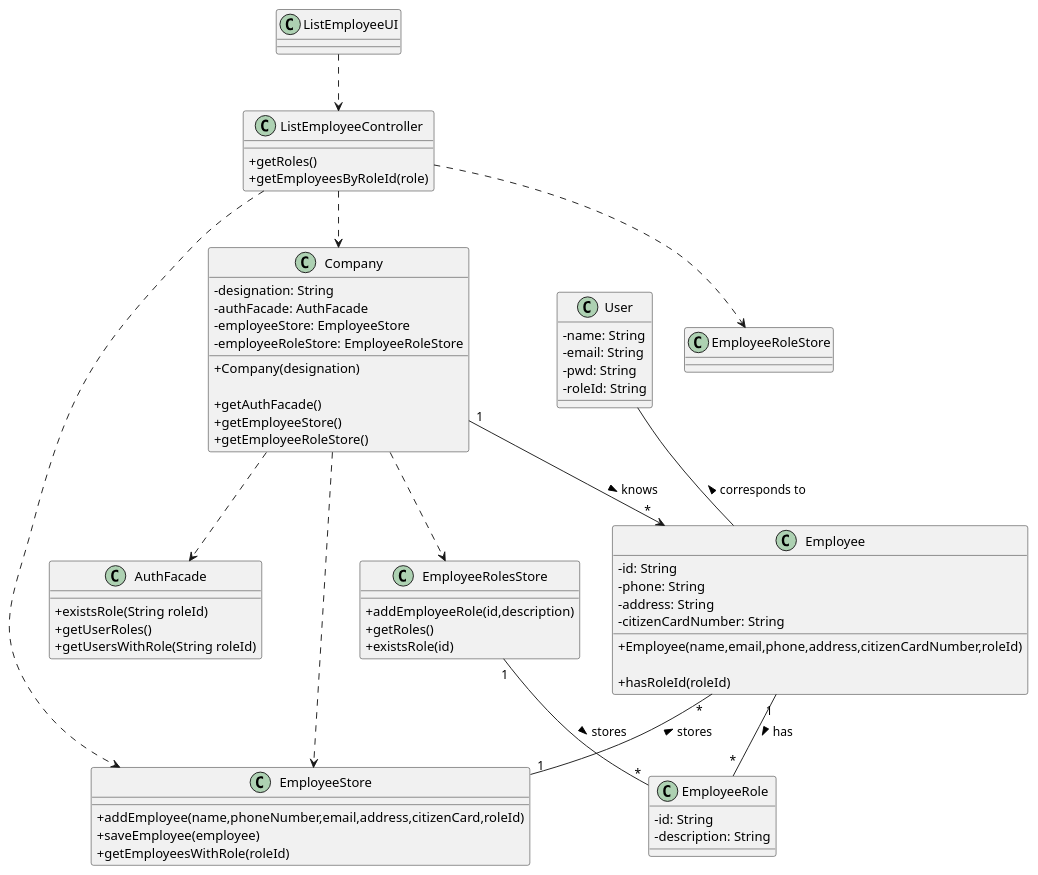
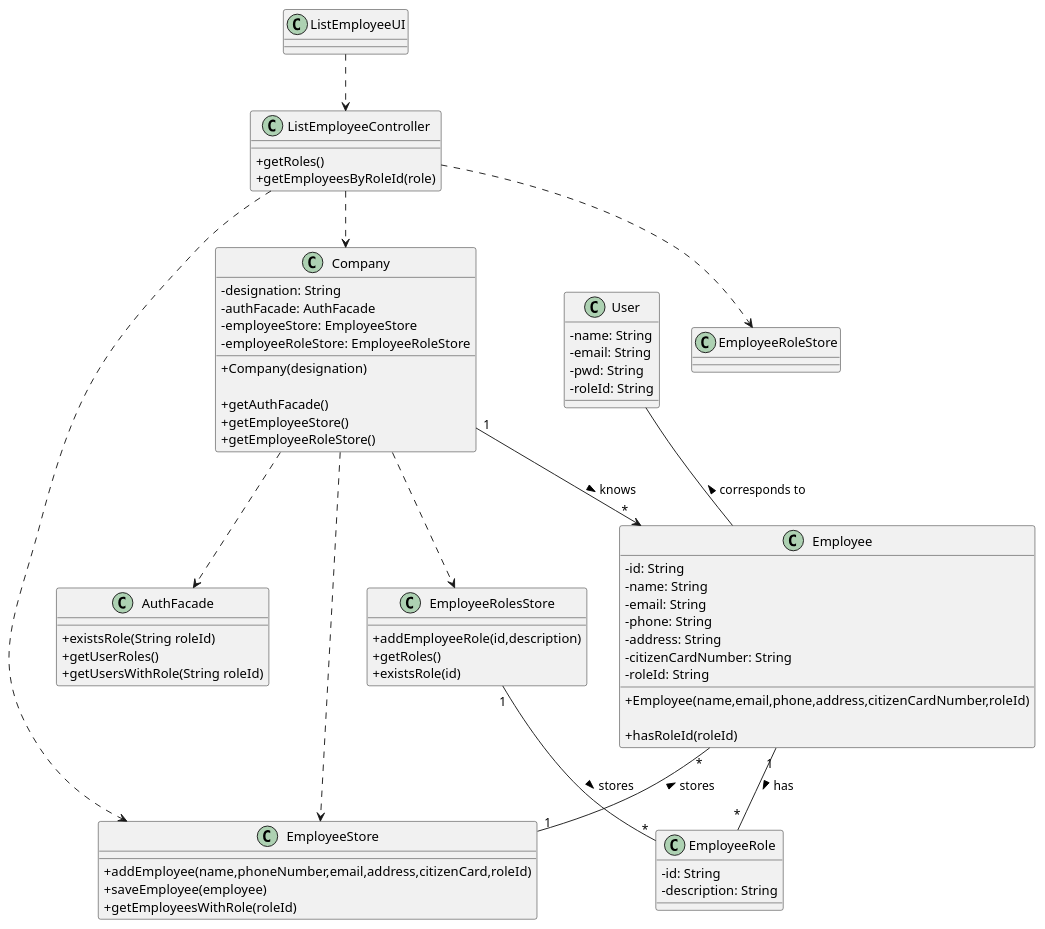
Before and after one commit to miseEnPlace-i/lapr2: the diagram in docs/SprintB/US11/CD/US11_CD.puml, drawn with PlantUML.

Commit message:
docs(US11): added missing employee attributes

```diff
--- a/docs/SprintB/US11/CD/US11_CD.puml
+++ b/docs/SprintB/US11/CD/US11_CD.puml
@@ -1,82 +1,85 @@
 @startuml
 skinparam classAttributeIconSize 0
 
 class User {
   -name: String
   -email: String
   -pwd: String
   -roleId: String
 }
 
 class Employee {
   -id: String
+  -name: String
+  -email: String
   -phone: String
   -address: String
   -citizenCardNumber: String
+  -roleId: String
   
   +Employee(name,email,phone,address,citizenCardNumber,roleId)
 
   +hasRoleId(roleId)
 }
 
 class Company {
   -designation: String
   -authFacade: AuthFacade
   -employeeStore: EmployeeStore
   -employeeRoleStore: EmployeeRoleStore
   
   +Company(designation)
 
   +getAuthFacade()
   +getEmployeeStore()
   +getEmployeeRoleStore()
 }
 
 class AuthFacade {
   +existsRole(String roleId)
   +getUserRoles()
   +getUsersWithRole(String roleId)
 }
 
 class EmployeeStore {
   +addEmployee(name,phoneNumber,email,address,citizenCard,roleId)
   +saveEmployee(employee)
   +getEmployeesWithRole(roleId)
 }
 
 class ListEmployeeController {
   +getRoles()
   +getEmployeesByRoleId(role)
 }
 
 class EmployeeRole {
   -id: String
   -description: String
 }
 
 class ListEmployeeUI {}
 
 class EmployeeRolesStore {
   +addEmployeeRole(id,description)
   +getRoles()
   +existsRole(id)
 }
 
 ListEmployeeUI ..> ListEmployeeController
 ListEmployeeController ..> Company
 
 Company ..> AuthFacade
 Company ..> EmployeeStore
 Employee "*" -- "1" EmployeeStore : stores <
 Company "1" --> "*" Employee : knows >
 
 EmployeeRolesStore "1" -- "*" EmployeeRole : stores >
 Company ..> EmployeeRolesStore
 Employee "1" -- "*" EmployeeRole : has >
 
 ListEmployeeController ..> EmployeeStore
 ListEmployeeController ..> EmployeeRoleStore
 
 User -- Employee : corresponds to <
 
 @enduml
```
